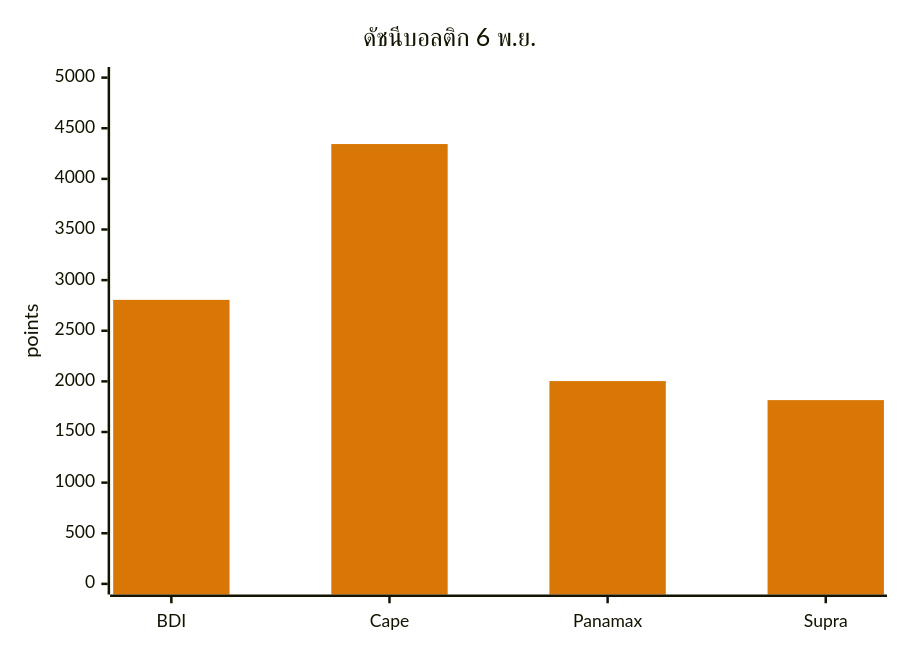
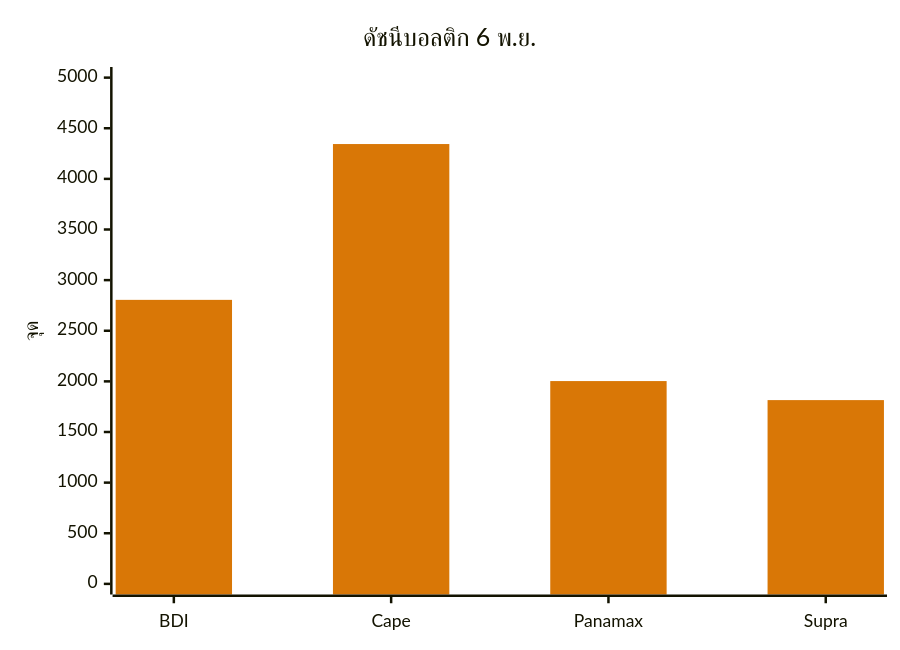
Before and after one commit to dureach/research: the sixth of 9 diagrams in Global-Trade-Intelligence-weekly-2026-11-09/index.th.md, drawn with Mermaid. The commit also changed other lines of this file and 5 other files, not shown here.

````diff
--- a/Global-Trade-Intelligence-weekly-2026-11-09/index.th.md
+++ b/Global-Trade-Intelligence-weekly-2026-11-09/index.th.md
@@ -420,8 +420,8 @@
 ```mermaid
 %%{init: {'theme': 'base', 'themeVariables': {'xyChart': {'plotColorPalette': '#d97706'}}}}%%
 xychart-beta
     title "ดัชนีบอลติก 6 พ.ย."
     x-axis ["BDI", "Cape", "Panamax", "Supra"]
-    y-axis "points" 0 --> 5000
+    y-axis "จุด" 0 --> 5000
     bar [2805, 4344, 2003, 1815]
 ```
````
